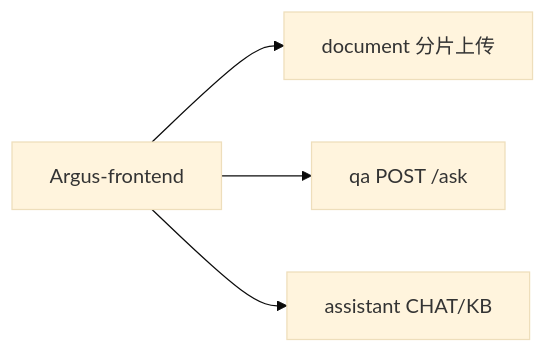
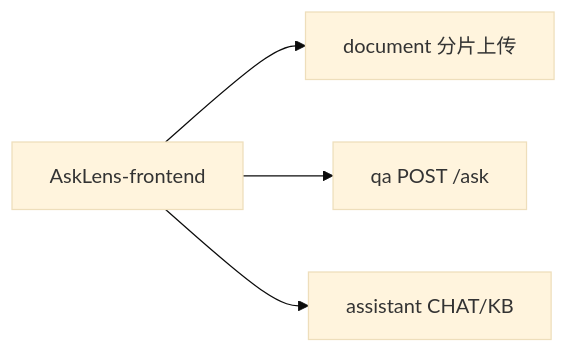
One commit to ririsisi/AskLens changed the fifth of 23 diagrams in docs/RAG-核心原理图.md. Above: the diagram before and after it, drawn with Mermaid (base theme). The commit also changed other lines of this file and 17 other files, not shown here.

````diff
--- a/docs/RAG-核心原理图.md
+++ b/docs/RAG-核心原理图.md
@@ -86,6 +86,6 @@
 ```mermaid
 flowchart LR
-    FE[Argus-frontend] --> DOC[document 分片上传]
+    FE[AskLens-frontend] --> DOC[document 分片上传]
     FE --> QA[qa POST /ask]
     FE --> ASST[assistant CHAT/KB]
 ```
````
